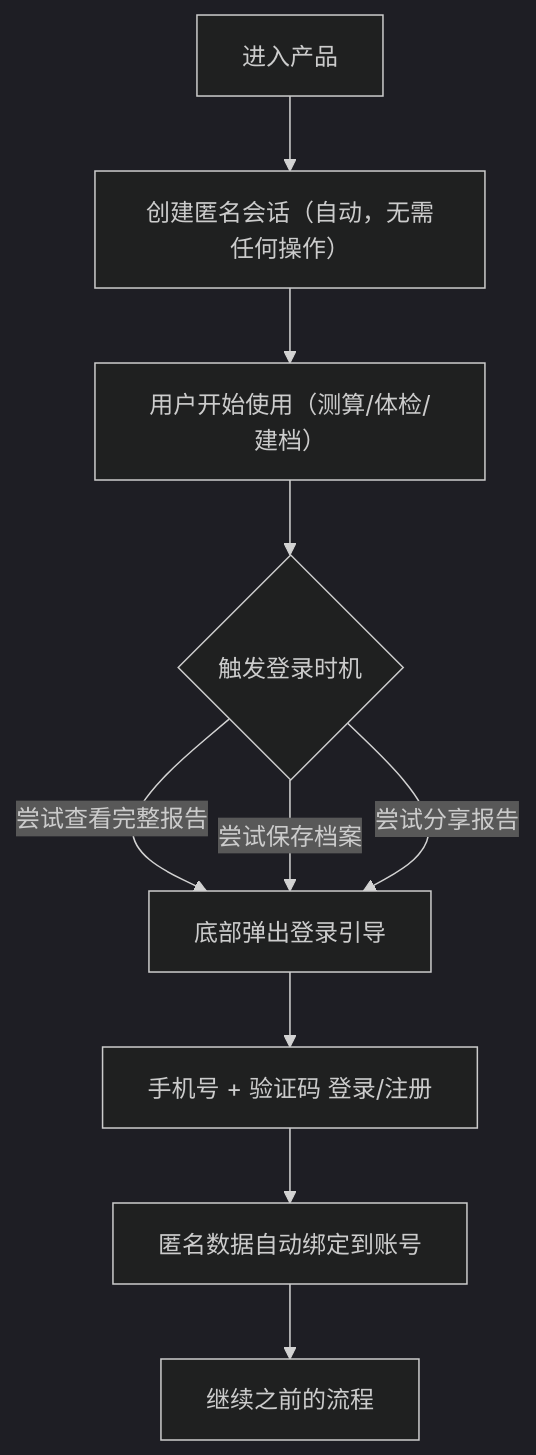
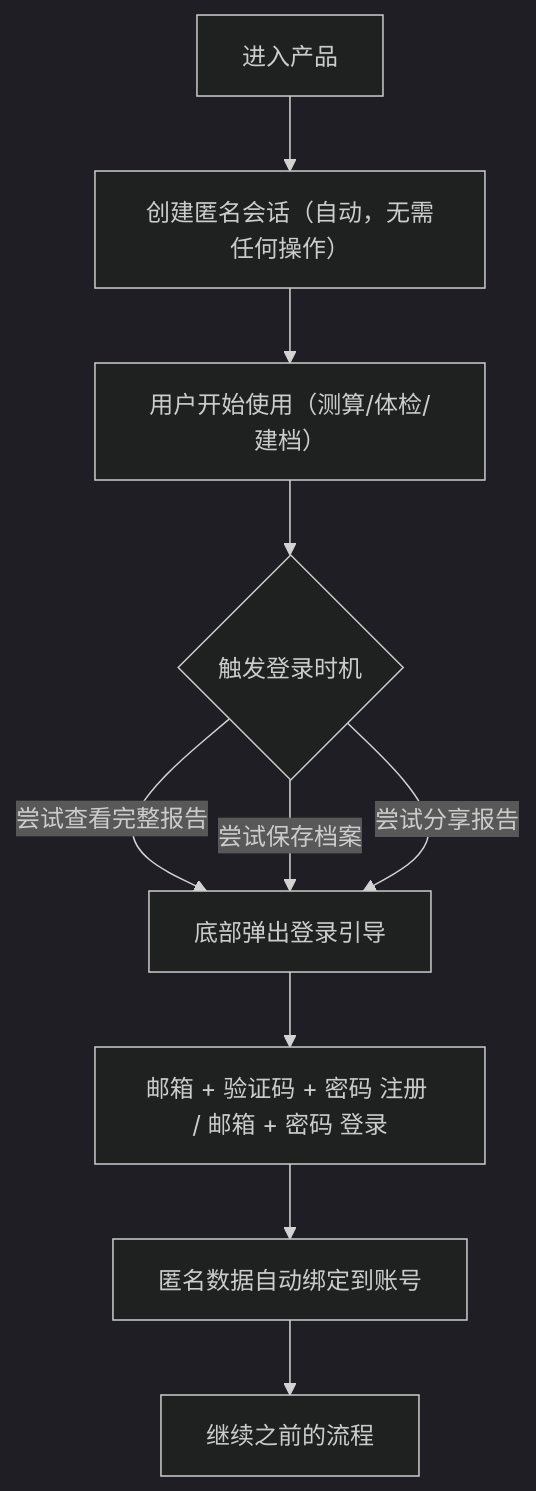
One commit to debugzhao/jin-guide changed the fifth of 5 diagrams in docs/frontend-prd.md. Above: the diagram before and after it, drawn with Mermaid (dark theme). The commit also changed other lines of this file and 14 other files, not shown here.

````diff
--- a/docs/frontend-prd.md
+++ b/docs/frontend-prd.md
@@ -263,12 +264,12 @@
 ```mermaid
 flowchart TD
   A["进入产品"] --> B["创建匿名会话（自动，无需任何操作）"]
   B --> C["用户开始使用（测算/体检/建档）"]
   C --> D{"触发登录时机"}
   D -- "尝试查看完整报告" --> E["底部弹出登录引导"]
   D -- "尝试保存档案" --> E
   D -- "尝试分享报告" --> E
-  E --> F["手机号 + 验证码 登录/注册"]
+  E --> F["邮箱 + 验证码 + 密码 注册 / 邮箱 + 密码 登录"]
   F --> G["匿名数据自动绑定到账号"]
   G --> H["继续之前的流程"]
 ```
````
